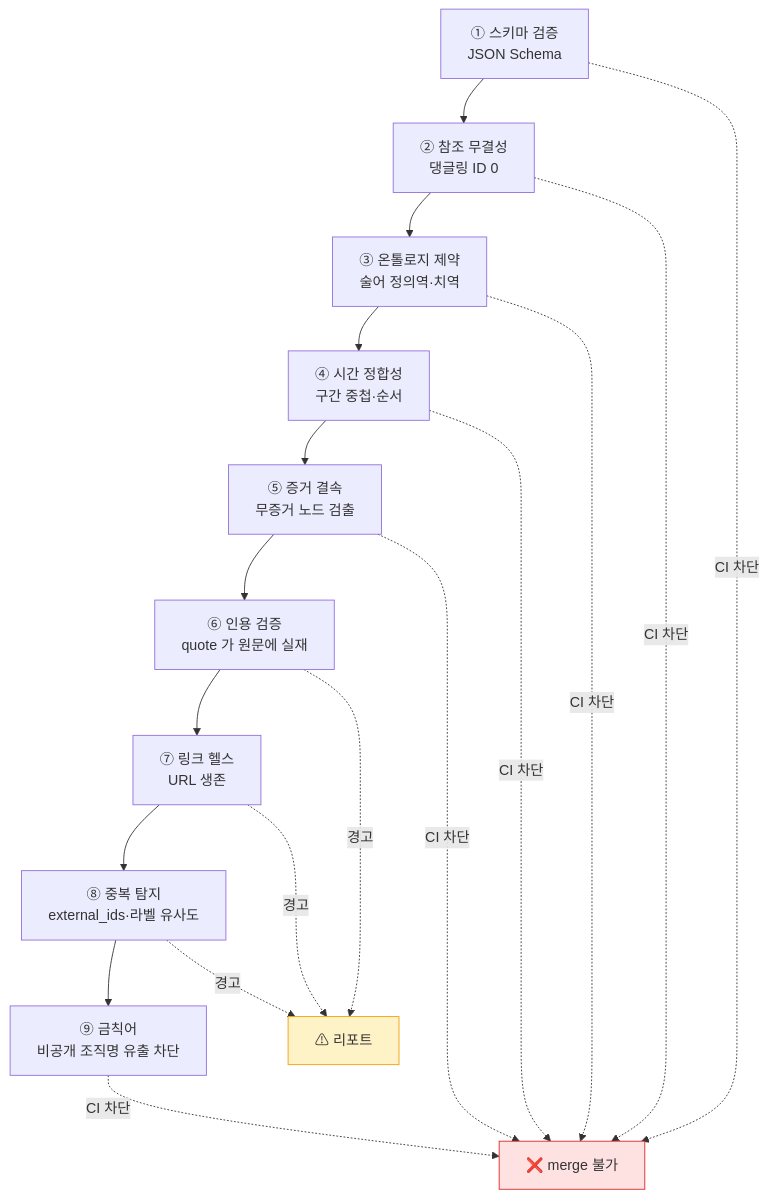
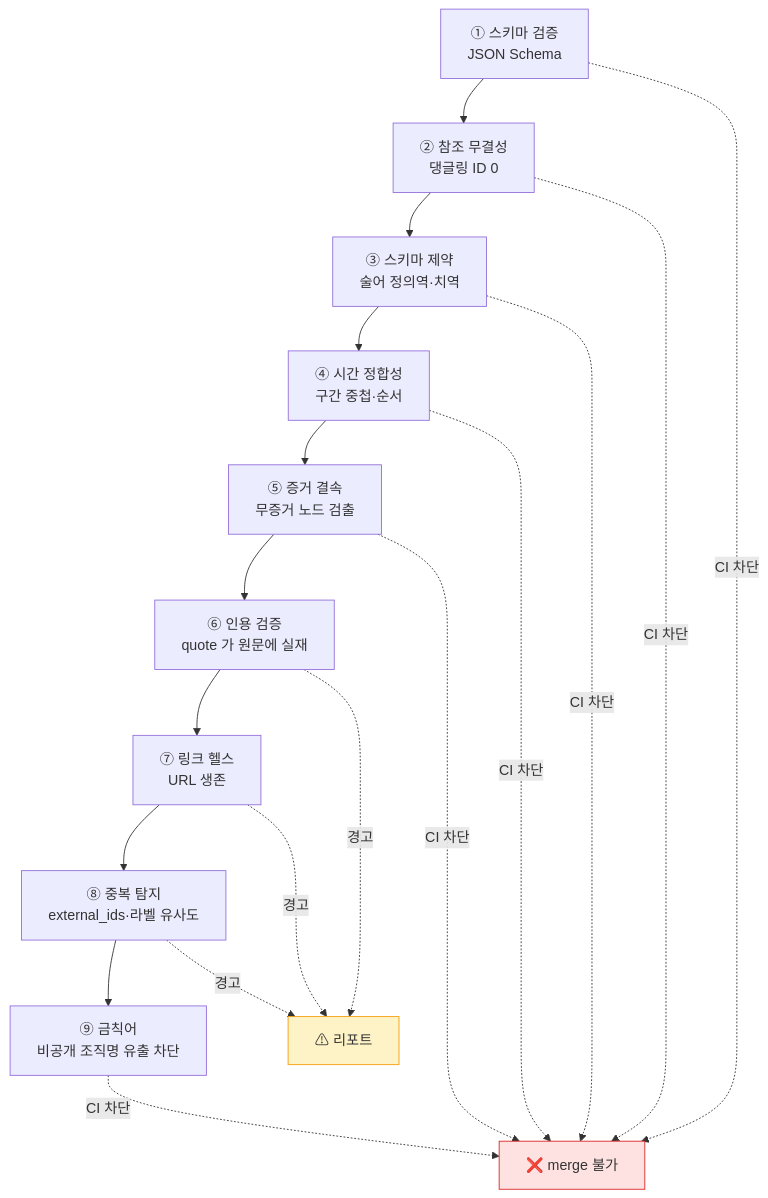
Before and after one commit to lala-david/aml-notes: the first of 2 diagrams in docs/governance/01-data-quality.md, drawn with Mermaid. The commit also changed other lines of this file and 47 other files, not shown here.

````diff
--- a/docs/governance/01-data-quality.md
+++ b/docs/governance/01-data-quality.md
@@ -24,24 +24,24 @@
 ```mermaid
 flowchart TB
     A["① 스키마 검증<br/>JSON Schema"] --> B["② 참조 무결성<br/>댕글링 ID 0"]
-    B --> C["③ 온톨로지 제약<br/>술어 정의역·치역"]
+    B --> C["③ 스키마 제약<br/>술어 정의역·치역"]
     C --> D["④ 시간 정합성<br/>구간 중첩·순서"]
     D --> E["⑤ 증거 결속<br/>무증거 노드 검출"]
     E --> F["⑥ 인용 검증<br/>quote 가 원문에 실재"]
     F --> G["⑦ 링크 헬스<br/>URL 생존"]
     G --> H["⑧ 중복 탐지<br/>external_ids·라벨 유사도"]
     H --> I["⑨ 금칙어<br/>비공개 조직명 유출 차단"]
 
     A -.CI 차단.-> X["❌ merge 불가"]
     B -.CI 차단.-> X
     C -.CI 차단.-> X
     D -.CI 차단.-> X
     E -.CI 차단.-> X
     I -.CI 차단.-> X
     F -.경고.-> W["⚠ 리포트"]
     G -.경고.-> W
     H -.경고.-> W
 
     style X fill:#fee2e2,stroke:#dc2626
     style W fill:#fef3c7,stroke:#f59e0b
 ```
````
